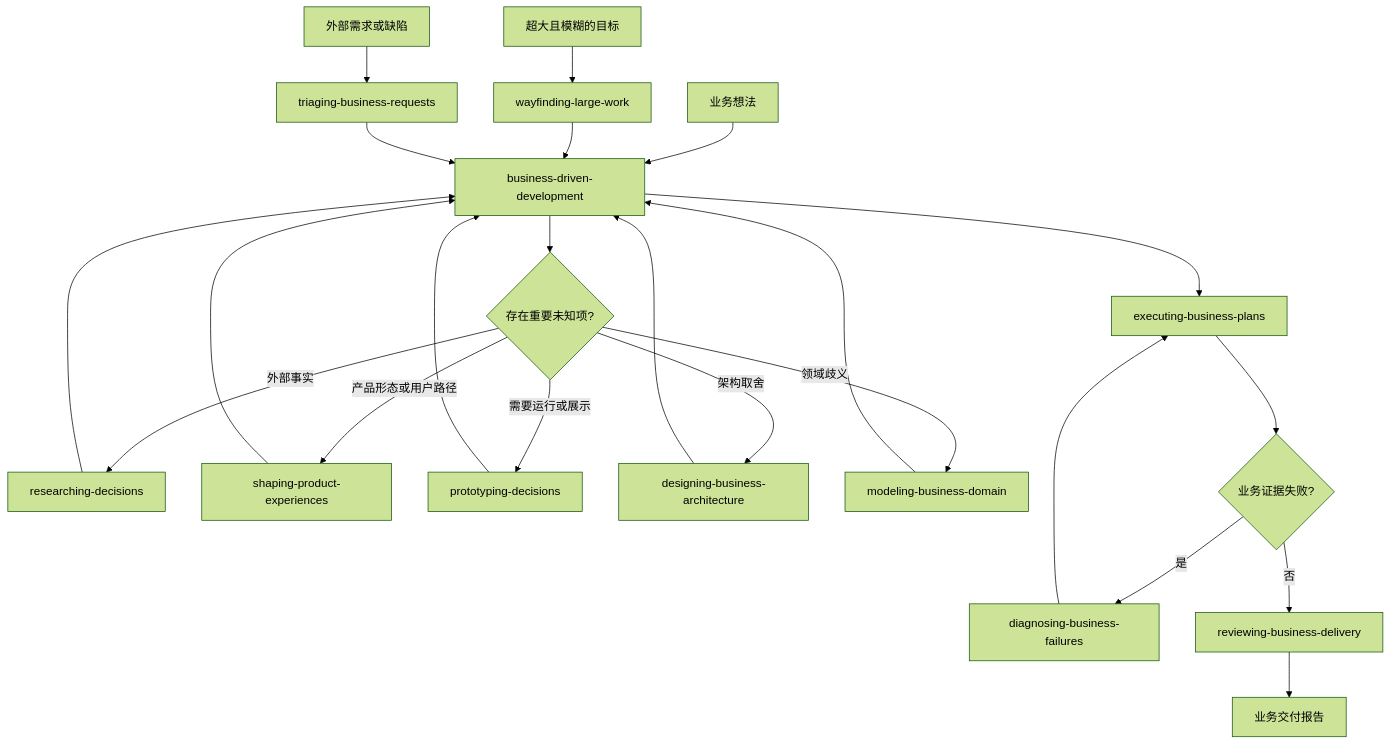
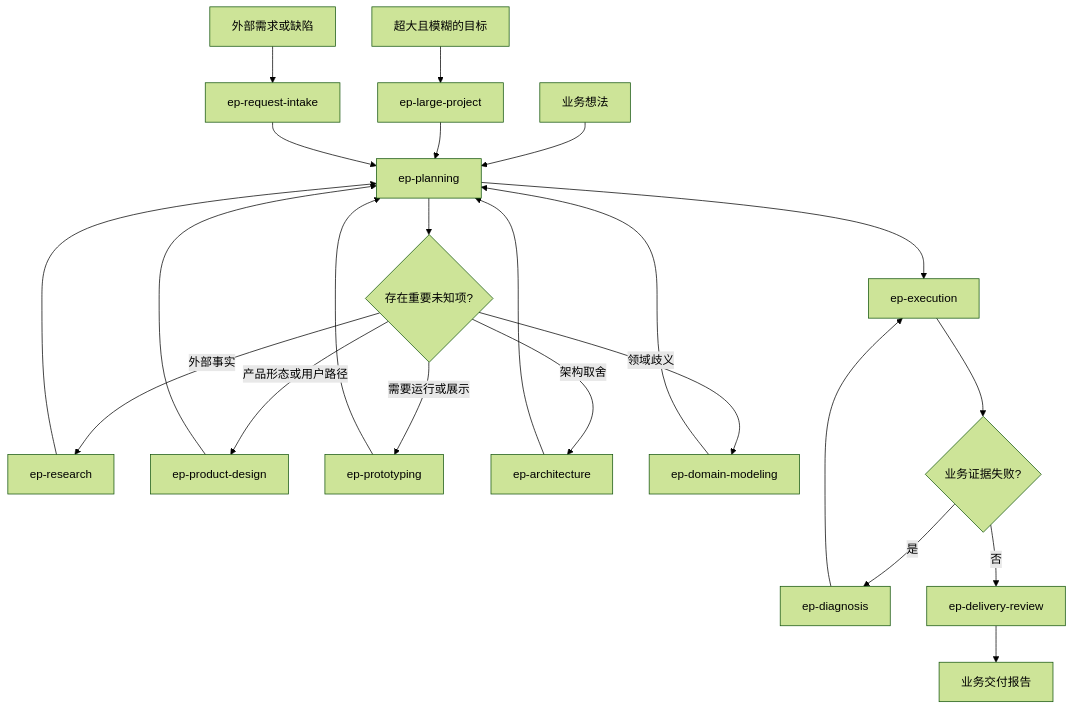
Before and after one commit to JeckChen666/Easypower: the diagram in SKILL-MAP.md, drawn with Mermaid (forest theme). The commit also changed other lines of this file and 128 other files, not shown here.

````diff
--- a/SKILL-MAP.md
+++ b/SKILL-MAP.md
@@ -40,27 +40,27 @@
 ```mermaid
 flowchart TD
-    A[业务想法] --> B[business-driven-development]
-    Z[超大且模糊的目标] --> W[wayfinding-large-work]
+    A[业务想法] --> B[ep-planning]
+    Z[超大且模糊的目标] --> W[ep-large-project]
     W --> B
-    R[外部需求或缺陷] --> T[triaging-business-requests]
+    R[外部需求或缺陷] --> T[ep-request-intake]
     T --> B
 
     B --> D{存在重要未知项?}
-    D -- 外部事实 --> RS[researching-decisions]
-    D -- 产品形态或用户路径 --> UX[shaping-product-experiences]
-    D -- 需要运行或展示 --> P[prototyping-decisions]
-    D -- 架构取舍 --> A1[designing-business-architecture]
-    D -- 领域歧义 --> M[modeling-business-domain]
+    D -- 外部事实 --> RS[ep-research]
+    D -- 产品形态或用户路径 --> UX[ep-product-design]
+    D -- 需要运行或展示 --> P[ep-prototyping]
+    D -- 架构取舍 --> A1[ep-architecture]
+    D -- 领域歧义 --> M[ep-domain-modeling]
     RS --> B
     UX --> B
     P --> B
     A1 --> B
     M --> B
 
-    B --> E[executing-business-plans]
+    B --> E[ep-execution]
     E --> F{业务证据失败?}
-    F -- 是 --> G[diagnosing-business-failures]
+    F -- 是 --> G[ep-diagnosis]
     G --> E
-    F -- 否 --> V[reviewing-business-delivery]
+    F -- 否 --> V[ep-delivery-review]
     V --> H[业务交付报告]
 ```
````
